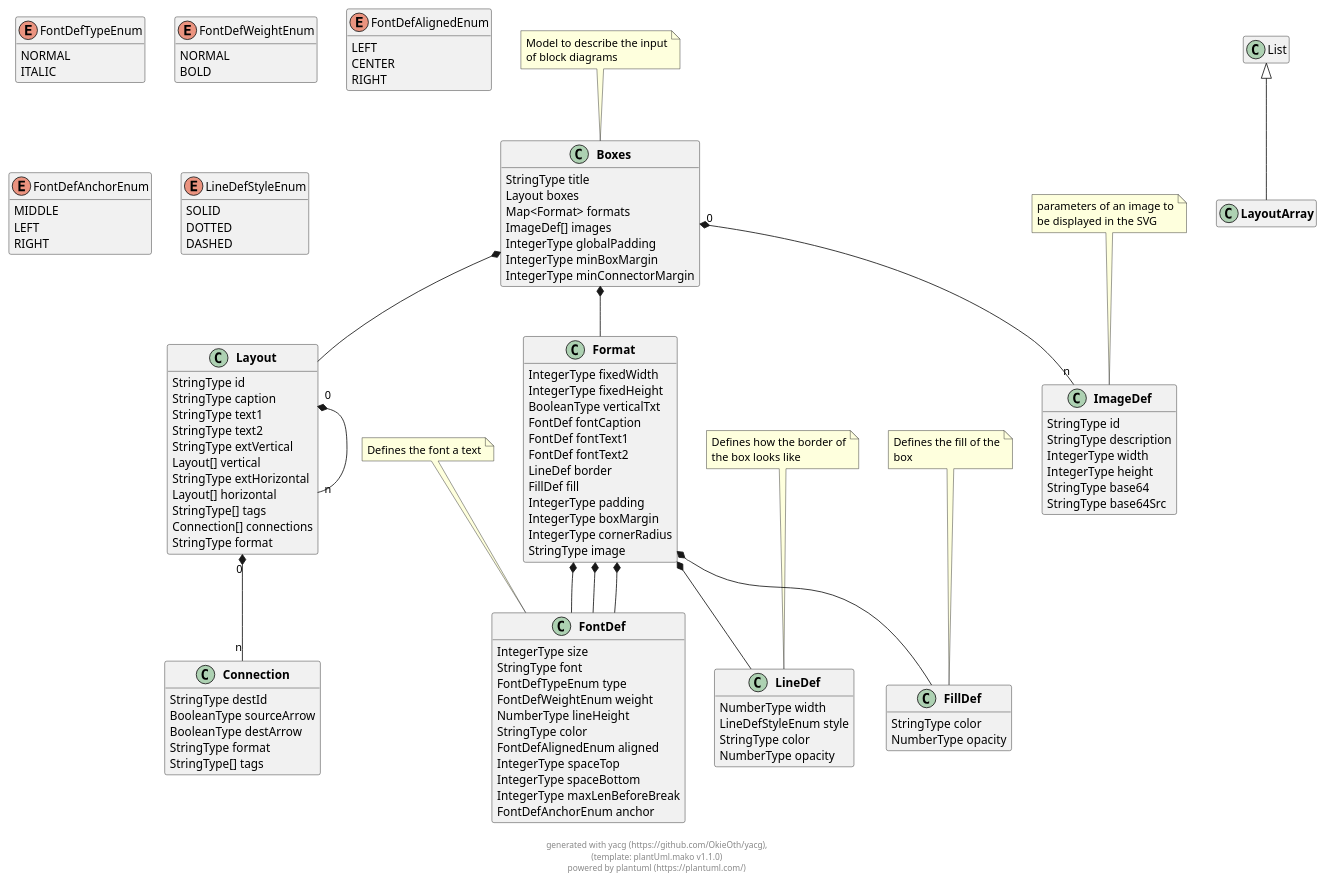
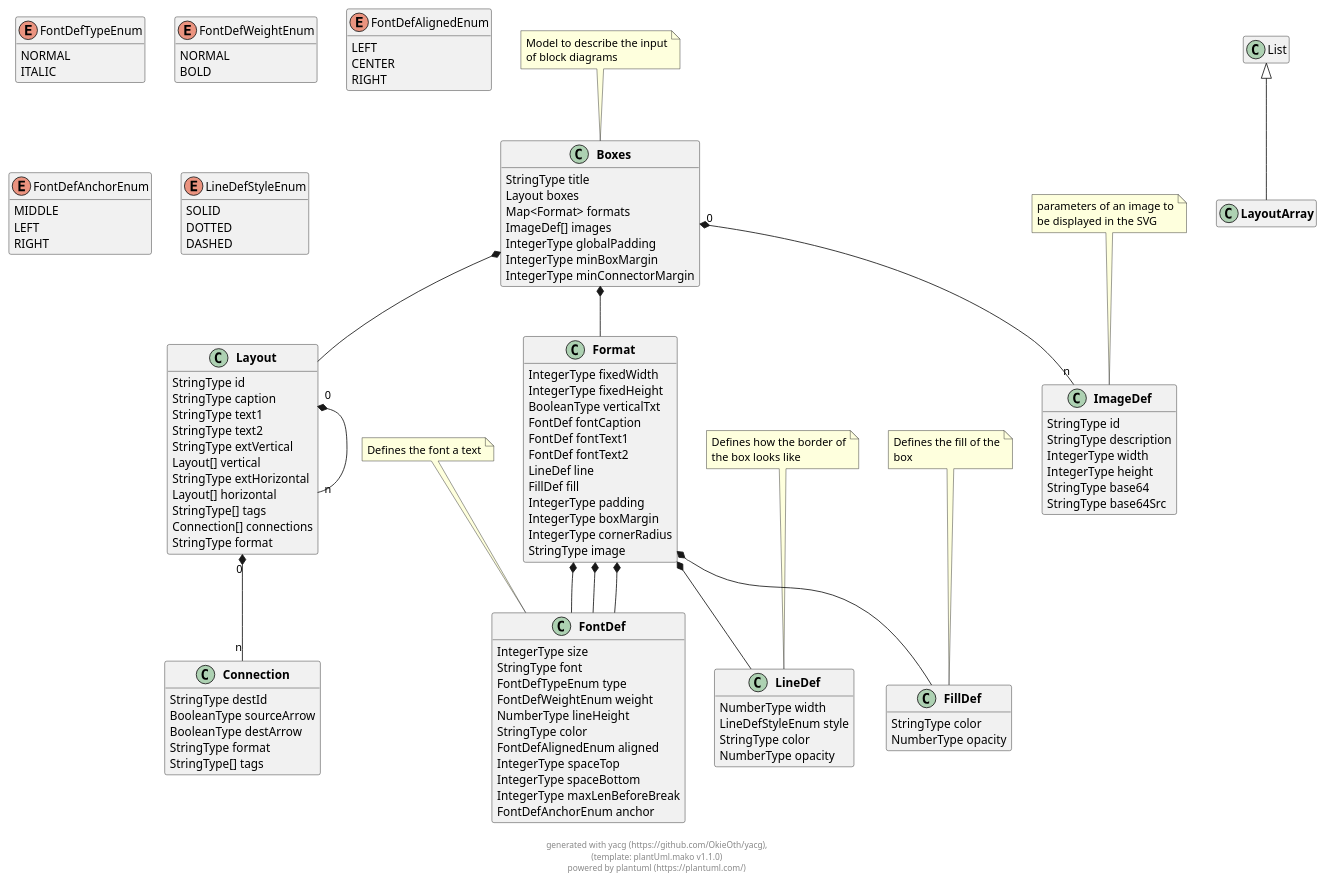
Before and after one commit to OkieOth/draw.chart.things: the diagram in docs/models/puml/boxes.puml, drawn with PlantUML. The commit also changed 45 other files, not shown here.

```diff
--- a/docs/models/puml/boxes.puml
+++ b/docs/models/puml/boxes.puml
@@ -41,7 +41,7 @@
         FontDef fontCaption
         FontDef fontText1
         FontDef fontText2
-        LineDef border
+        LineDef line
         FillDef fill
         IntegerType padding
         IntegerType boxMargin
```
